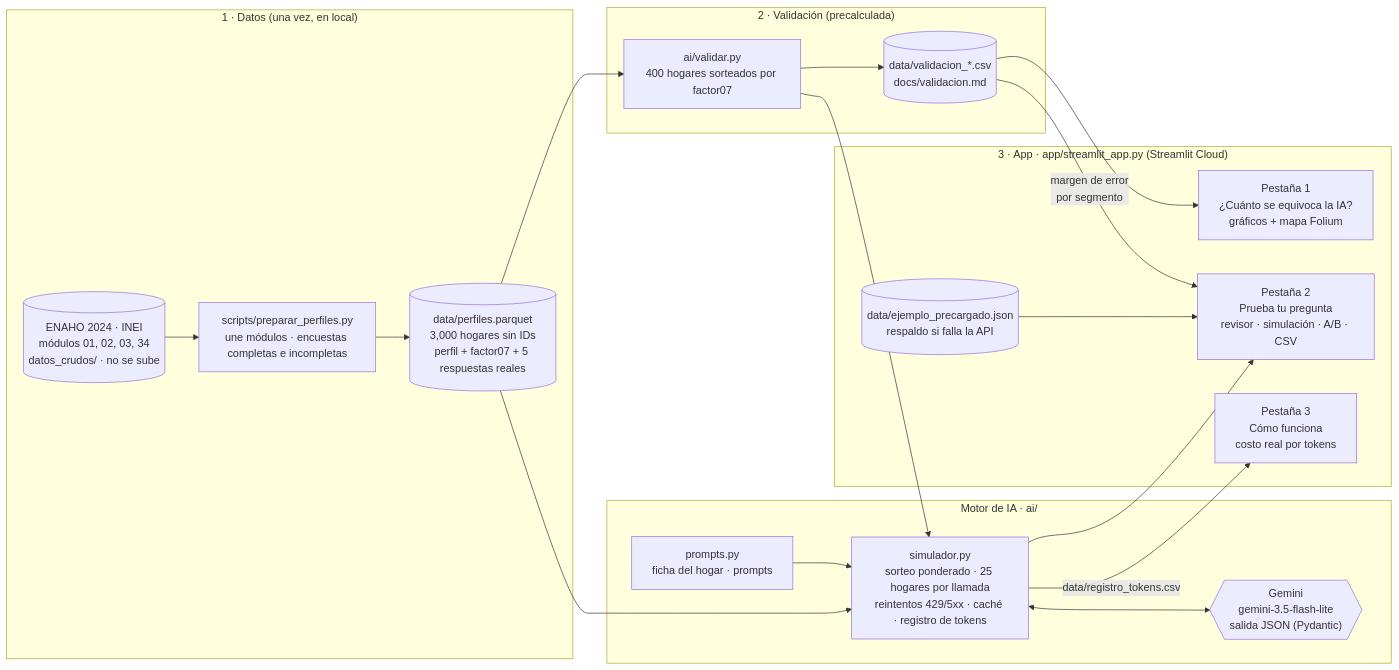
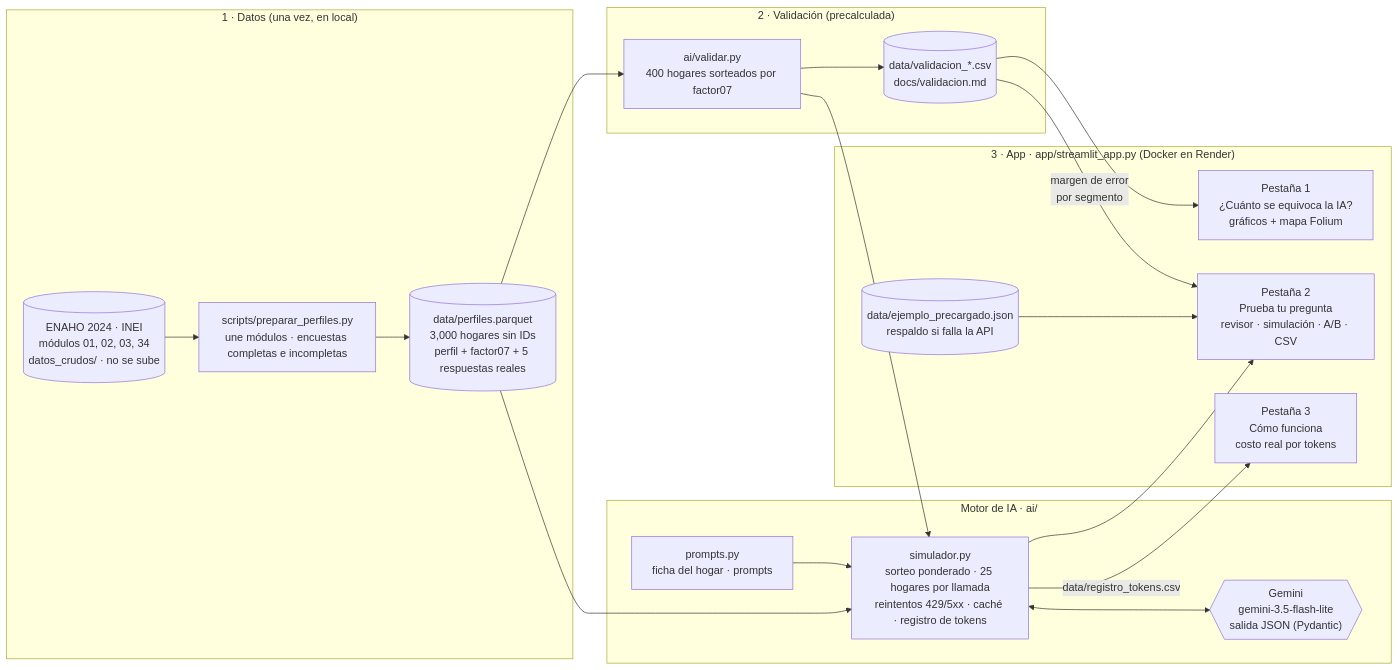
The diagram in docs/arquitectura.md (JazminGalindoo/simula), drawn with Mermaid before and after one commit. The commit also changed 3 other files, not shown here.

````diff
--- a/docs/arquitectura.md
+++ b/docs/arquitectura.md
@@ -3,38 +3,38 @@
 ```mermaid
 flowchart LR
     subgraph datos["1 · Datos (una vez, en local)"]
         ENAHO[("ENAHO 2024 · INEI<br/>módulos 01, 02, 03, 34<br/>datos_crudos/ · no se sube")]
         PREP["scripts/preparar_perfiles.py<br/>une módulos · encuestas completas e incompletas"]
         PERF[("data/perfiles.parquet<br/>3,000 hogares sin IDs<br/>perfil + factor07 + 5 respuestas reales")]
         ENAHO --> PREP --> PERF
     end
 
     subgraph val["2 · Validación (precalculada)"]
         VAL["ai/validar.py<br/>400 hogares sorteados por factor07"]
         RES[("data/validacion_*.csv<br/>docs/validacion.md")]
         VAL --> RES
     end
 
     subgraph ia["Motor de IA · ai/"]
         PROM["prompts.py<br/>ficha del hogar · prompts"]
         SIM["simulador.py<br/>sorteo ponderado · 25 hogares por llamada<br/>reintentos 429/5xx · caché · registro de tokens"]
         GEM{{"Gemini<br/>gemini-3.5-flash-lite<br/>salida JSON (Pydantic)"}}
         PROM --> SIM <--> GEM
     end
 
-    subgraph app["3 · App · app/streamlit_app.py (Streamlit Cloud)"]
+    subgraph app["3 · App · app/streamlit_app.py (Docker en Render)"]
         T1["Pestaña 1<br/>¿Cuánto se equivoca la IA?<br/>gráficos + mapa Folium"]
         T2["Pestaña 2<br/>Prueba tu pregunta<br/>revisor · simulación · A/B · CSV"]
         T3["Pestaña 3<br/>Cómo funciona<br/>costo real por tokens"]
         EJ[("data/ejemplo_precargado.json<br/>respaldo si falla la API")]
     end
 
     PERF --> VAL
     VAL --> SIM
     PERF --> SIM
     RES --> T1
     RES -- "margen de error<br/>por segmento" --> T2
     SIM --> T2
     EJ --> T2
     SIM -- "data/registro_tokens.csv" --> T3
 ```
````
